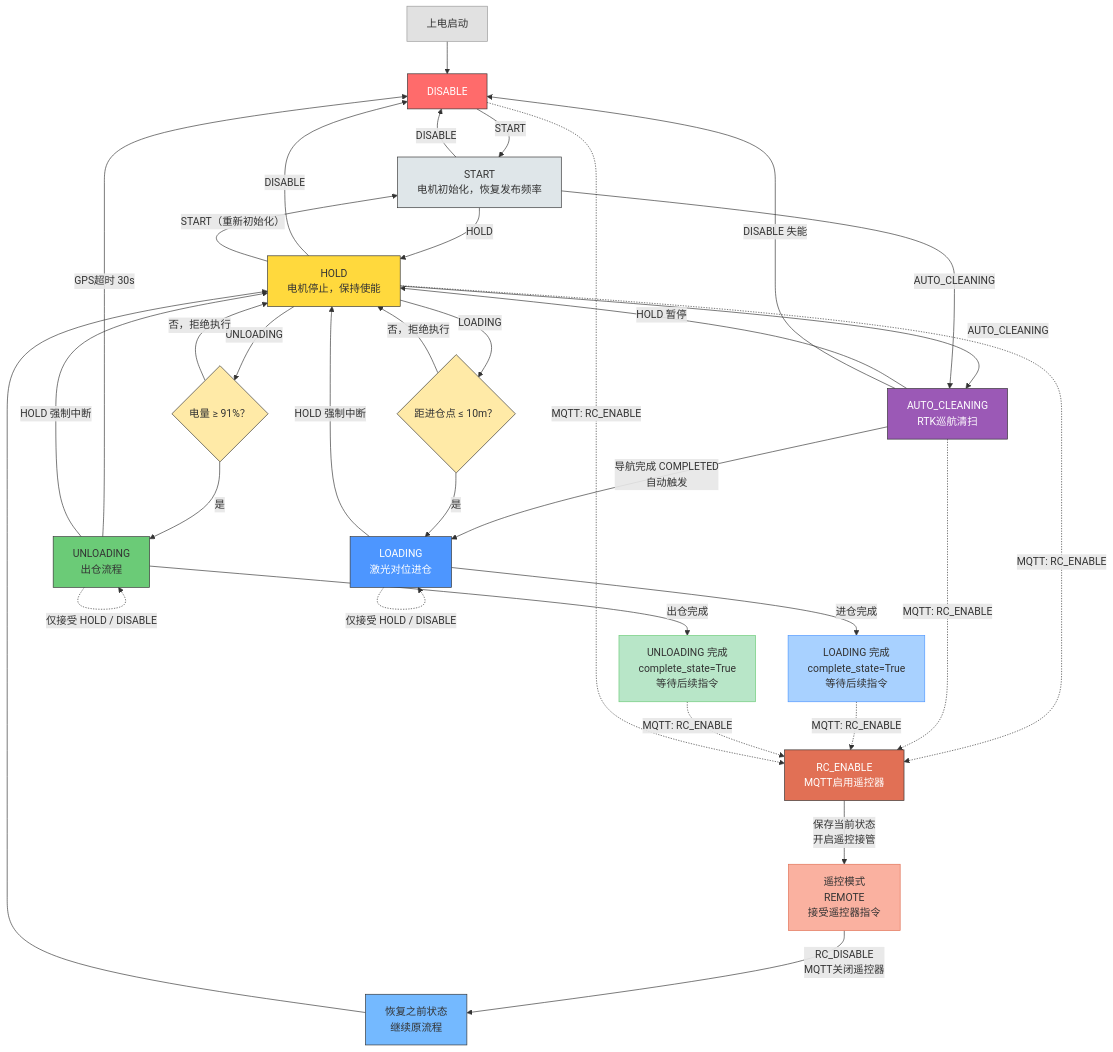
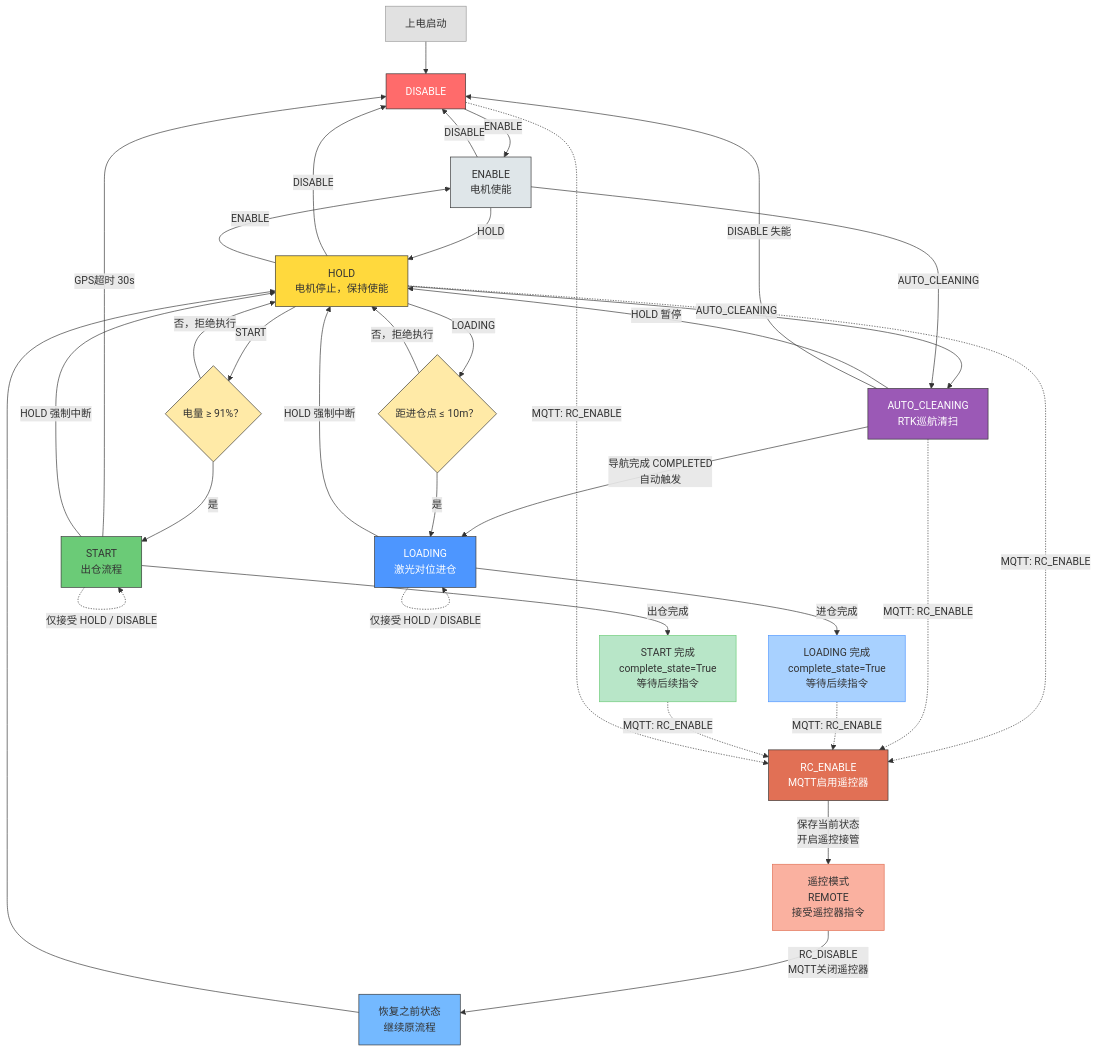
One commit to J123123-oss/robot_cleaning changed the first of 7 diagrams in README.md. Above: the diagram before and after it, drawn with Mermaid. The commit also changed 5 other files, not shown here.

First line of the commit message:
refactor: 状态机重命名——START→ENABLE(电机使能)，UNLOADING→START(出仓)

````diff
--- a/README.md
+++ b/README.md
@@ -44,69 +44,69 @@
 ```mermaid
 graph TD
     %% ===== 入口 =====
     STARTUP["上电启动"] --> DISABLE
 
     %% ===== 电机初始化 =====
-    DISABLE -->|"START"| START["START<br/>电机初始化，恢复发布频率"]
-    START -->|"DISABLE"| DISABLE
+    DISABLE -->|"ENABLE"| ENABLE["ENABLE<br/>电机使能"]
+    ENABLE -->|"DISABLE"| DISABLE
 
     %% ===== HOLD 中枢 =====
-    START -->|"HOLD"| HOLD["HOLD<br/>电机停止，保持使能"]
+    ENABLE -->|"HOLD"| HOLD["HOLD<br/>电机停止，保持使能"]
     HOLD -->|"DISABLE"| DISABLE
-    HOLD -->|"START（重新初始化）"| START
+    HOLD -->|"ENABLE"| ENABLE
 
     %% ===== 全自动清扫 =====
     HOLD -->|"AUTO_CLEANING"| AUTO_CLEANING["AUTO_CLEANING<br/>RTK巡航清扫"]
-    START -->|"AUTO_CLEANING"| AUTO_CLEANING
+    ENABLE -->|"AUTO_CLEANING"| AUTO_CLEANING
     AUTO_CLEANING -->|"HOLD 暂停"| HOLD
     AUTO_CLEANING -->|"DISABLE 失能"| DISABLE
     AUTO_CLEANING -->|"导航完成 COMPLETED<br/>自动触发"| LOADING
 
-    %% ===== 出仓 =====
-    HOLD -->|"UNLOADING"| U_CHECK{"电量 ≥ 91%？"}
-    U_CHECK -->|"是"| UNLOADING["UNLOADING<br/>出仓流程"]
+    %% ===== 出仓/开始作业 =====
+    HOLD -->|"START"| U_CHECK{"电量 ≥ 91%？"}
+    U_CHECK -->|"是"| START["START<br/>出仓流程"]
     U_CHECK -->|"否，拒绝执行"| HOLD
-    UNLOADING -->|"出仓完成"| UNLOADING_DONE["UNLOADING 完成<br/>complete_state=True<br/>等待后续指令"]
-    UNLOADING -->|"GPS超时 30s"| DISABLE
-    UNLOADING -->|"HOLD 强制中断"| HOLD
+    START -->|"出仓完成"| START_DONE["START 完成<br/>complete_state=True<br/>等待后续指令"]
+    START -->|"GPS超时 30s"| DISABLE
+    START -->|"HOLD 强制中断"| HOLD
 
     %% ===== 进仓 =====
     HOLD -->|"LOADING"| L_CHECK{"距进仓点 ≤ 10m？"}
     L_CHECK -->|"是"| LOADING["LOADING<br/>激光对位进仓"]
     L_CHECK -->|"否，拒绝执行"| HOLD
     LOADING -->|"进仓完成"| LOADING_DONE["LOADING 完成<br/>complete_state=True<br/>等待后续指令"]
     LOADING -->|"HOLD 强制中断"| HOLD
 
     %% ===== 进出仓期间保护 =====
-    UNLOADING -.->|"仅接受 HOLD / DISABLE"| UNLOADING
+    START -.->|"仅接受 HOLD / DISABLE"| START
     LOADING -.->|"仅接受 HOLD / DISABLE"| LOADING
 
     %% ===== MQTT 遥控接管流程 =====
     RC_ENABLE["RC_ENABLE<br/>MQTT启用遥控器"] -->|"保存当前状态<br/>开启遥控接管"| REMOTE_MODE["遥控模式<br/>REMOTE<br/>接受遥控器指令"]
     REMOTE_MODE -->|"RC_DISABLE<br/>MQTT关闭遥控器"| RESTORE["恢复之前状态<br/>继续原流程"]
 
     %% RC_ENABLE 可从任意状态进入（AUTO_CLEANING下也允许）
     HOLD -.->|"MQTT: RC_ENABLE"| RC_ENABLE
     AUTO_CLEANING -.->|"MQTT: RC_ENABLE"| RC_ENABLE
     LOADING_DONE -.->|"MQTT: RC_ENABLE"| RC_ENABLE
-    UNLOADING_DONE -.->|"MQTT: RC_ENABLE"| RC_ENABLE
+    START_DONE -.->|"MQTT: RC_ENABLE"| RC_ENABLE
     DISABLE -.->|"MQTT: RC_ENABLE"| RC_ENABLE
 
     RESTORE --> HOLD
 
     %% ===== 样式 =====
     style STARTUP fill:#e1e1e1,stroke:#999
     style DISABLE fill:#ff6b6b,stroke:#333,color:#fff
     style HOLD fill:#ffd93d,stroke:#333
-    style UNLOADING fill:#6bcb77,stroke:#333
-    style UNLOADING_DONE fill:#b8e6c8,stroke:#6bcb77
+    style START fill:#6bcb77,stroke:#333
+    style START_DONE fill:#b8e6c8,stroke:#6bcb77
     style LOADING fill:#4d96ff,stroke:#333,color:#fff
     style LOADING_DONE fill:#a8d1ff,stroke:#4d96ff
     style AUTO_CLEANING fill:#9b59b6,stroke:#333,color:#fff
-    style START fill:#dfe6e9,stroke:#333
+    style ENABLE fill:#dfe6e9,stroke:#333
     style U_CHECK fill:#ffeaa7,stroke:#333
     style L_CHECK fill:#ffeaa7,stroke:#333
     style RC_ENABLE fill:#e17055,stroke:#333,color:#fff
     style REMOTE_MODE fill:#fab1a0,stroke:#e17055
     style RESTORE fill:#74b9ff,stroke:#333
 ```
````
